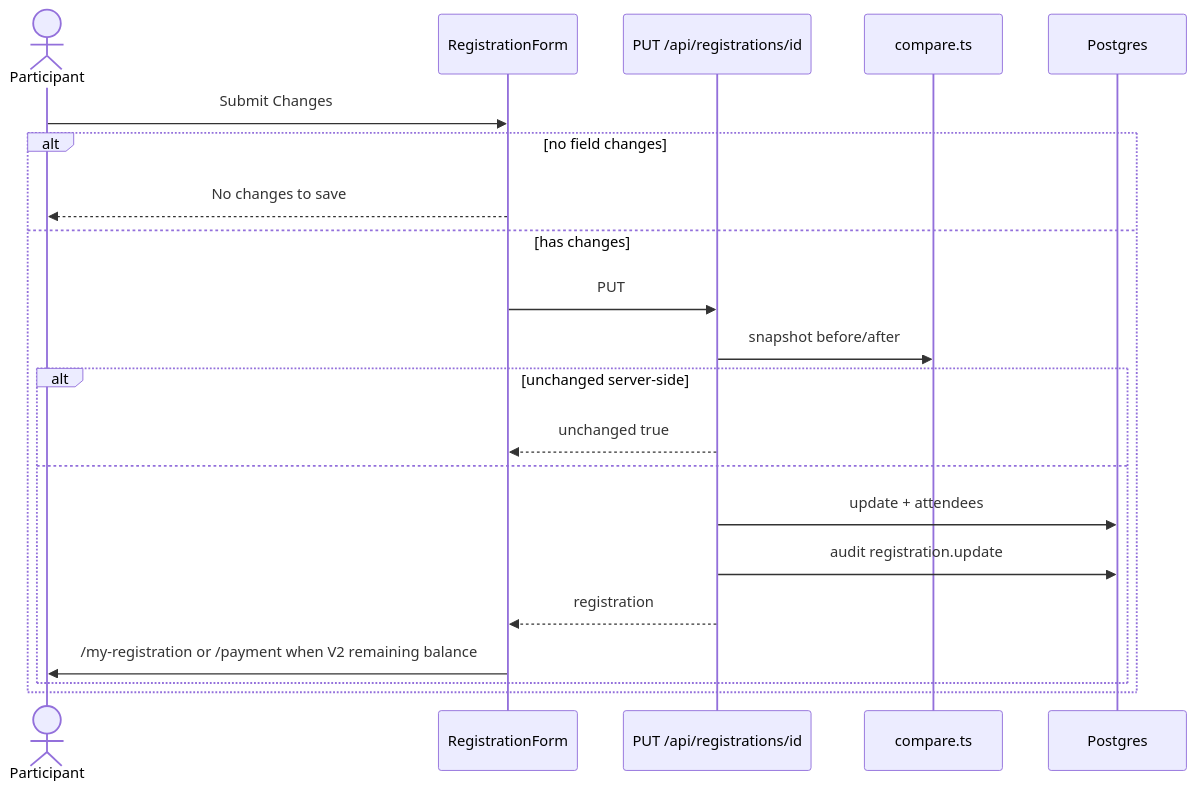
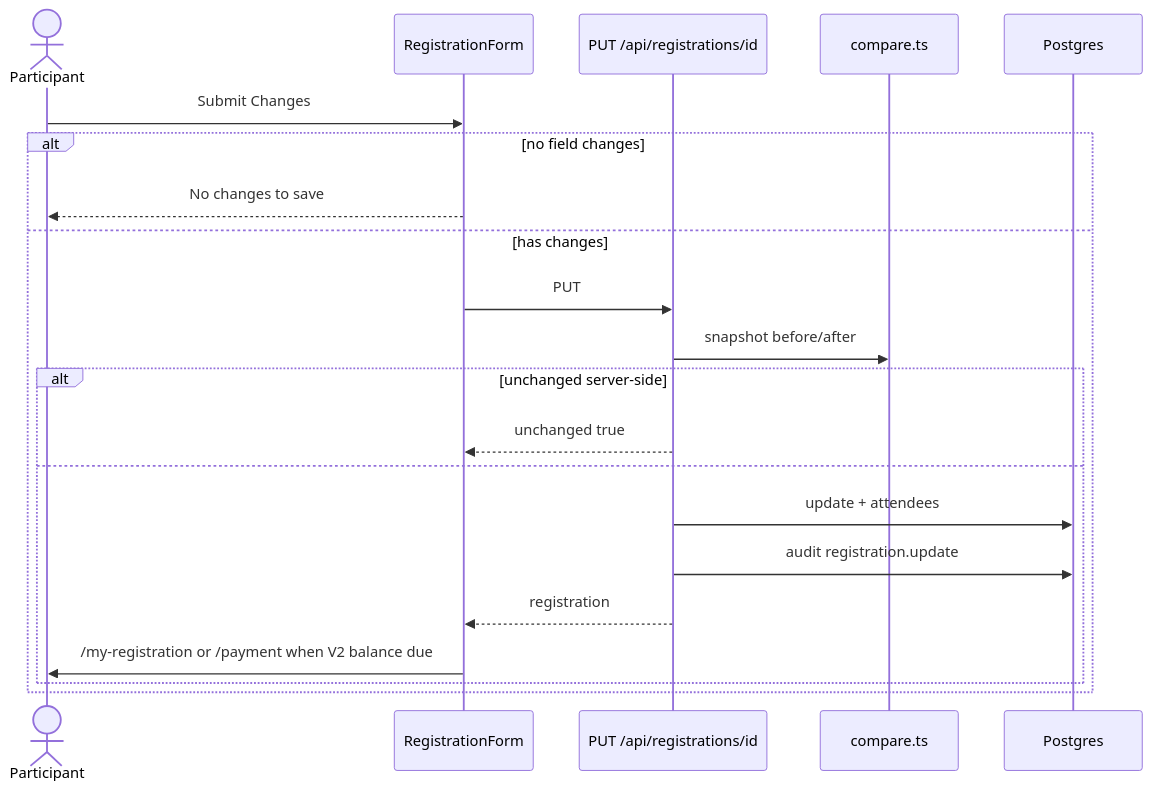
Before and after one commit to dotnetmike/CFCA_Registration: the second of 5 diagrams in docs/flows/registration.md, drawn with Mermaid. The commit also changed other lines of this file and 24 other files, not shown here.

````diff
--- a/docs/flows/registration.md
+++ b/docs/flows/registration.md
@@ -33,23 +33,23 @@
 ```mermaid
 sequenceDiagram
   actor P as Participant
   participant Form as RegistrationForm
   participant API as PUT /api/registrations/id
   participant Cmp as compare.ts
   participant DB as Postgres
   P->>Form: Submit Changes
   alt no field changes
     Form-->>P: No changes to save
   else has changes
     Form->>API: PUT
     API->>Cmp: snapshot before/after
     alt unchanged server-side
       API-->>Form: unchanged true
     else
       API->>DB: update + attendees
       API->>DB: audit registration.update
       API-->>Form: registration
-      Form->>P: /my-registration or /payment when V2 remaining balance
+      Form->>P: /my-registration or /payment when V2 balance due
     end
   end
 ```
````
